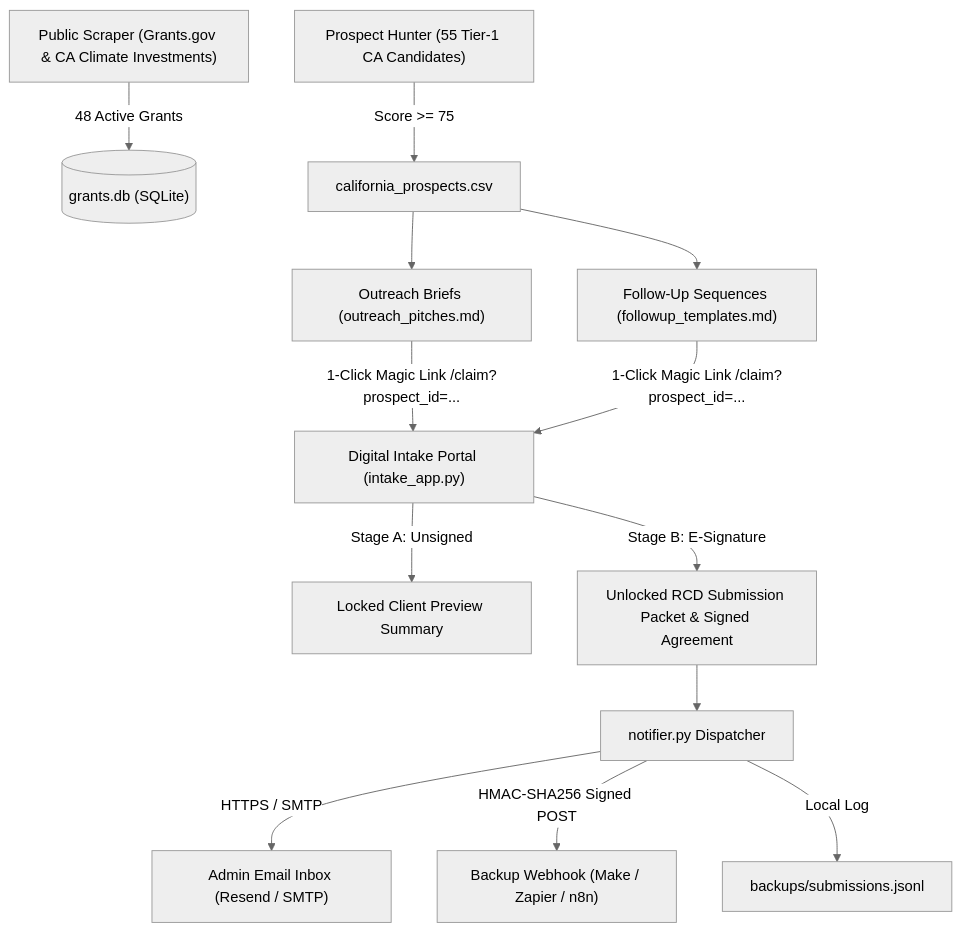
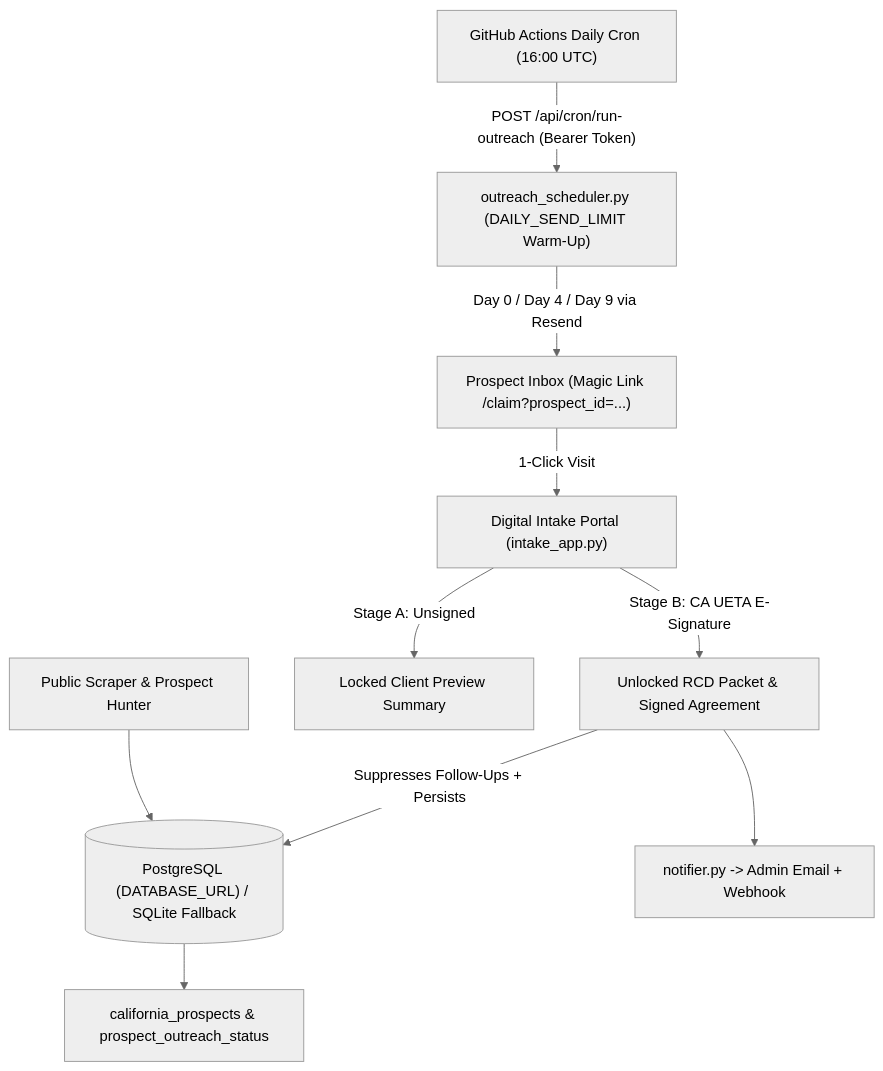
Before and after one commit to yellowrabbit17/zys-goldfields-intake: the diagram in README.md, drawn with Mermaid (neutral theme). The commit also changed other lines of this file and 24 other files, not shown here.

Commit message:
feat: add PostgreSQL persistence, custom domain BASE_URL, automated Day 4/9 outreach scheduler & .env.example

````diff
--- a/README.md
+++ b/README.md
@@ -31,14 +33,12 @@
 ```mermaid
 flowchart TD
-    A["Public Scraper (Grants.gov & CA Climate Investments)"] -->|48 Active Grants| B[("grants.db (SQLite)")]
-    C["Prospect Hunter (55 Tier-1 CA Candidates)"] -->|Score >= 75| D["california_prospects.csv"]
-    D --> E["Outreach Briefs (outreach_pitches.md)"]
-    D --> F["Follow-Up Sequences (followup_templates.md)"]
-    E & F -->|1-Click Magic Link /claim?prospect_id=...| G["Digital Intake Portal (intake_app.py)"]
-    G -->|Stage A: Unsigned| H["Locked Client Preview Summary"]
-    G -->|Stage B: E-Signature| I["Unlocked RCD Submission Packet & Signed Agreement"]
-    I --> J["notifier.py Dispatcher"]
-    J -->|HTTPS / SMTP| K["Admin Email Inbox (Resend / SMTP)"]
-    J -->|HMAC-SHA256 Signed POST| L["Backup Webhook (Make / Zapier / n8n)"]
-    J -->|Local Log| M["backups/submissions.jsonl"]
+    A["Public Scraper & Prospect Hunter"] --> B[("PostgreSQL (DATABASE_URL) / SQLite Fallback")]
+    B --> C["california_prospects & prospect_outreach_status"]
+    D["GitHub Actions Daily Cron (16:00 UTC)"] -->|"POST /api/cron/run-outreach (Bearer Token)"| E["outreach_scheduler.py (DAILY_SEND_LIMIT Warm-Up)"]
+    E -->|"Day 0 / Day 4 / Day 9 via Resend"| F["Prospect Inbox (Magic Link /claim?prospect_id=...)"]
+    F -->|"1-Click Visit"| G["Digital Intake Portal (intake_app.py)"]
+    G -->|"Stage A: Unsigned"| H["Locked Client Preview Summary"]
+    G -->|"Stage B: CA UETA E-Signature"| I["Unlocked RCD Packet & Signed Agreement"]
+    I -->|"Suppresses Follow-Ups + Persists"| B
+    I --> J["notifier.py -> Admin Email + Webhook"]
 ```
````
